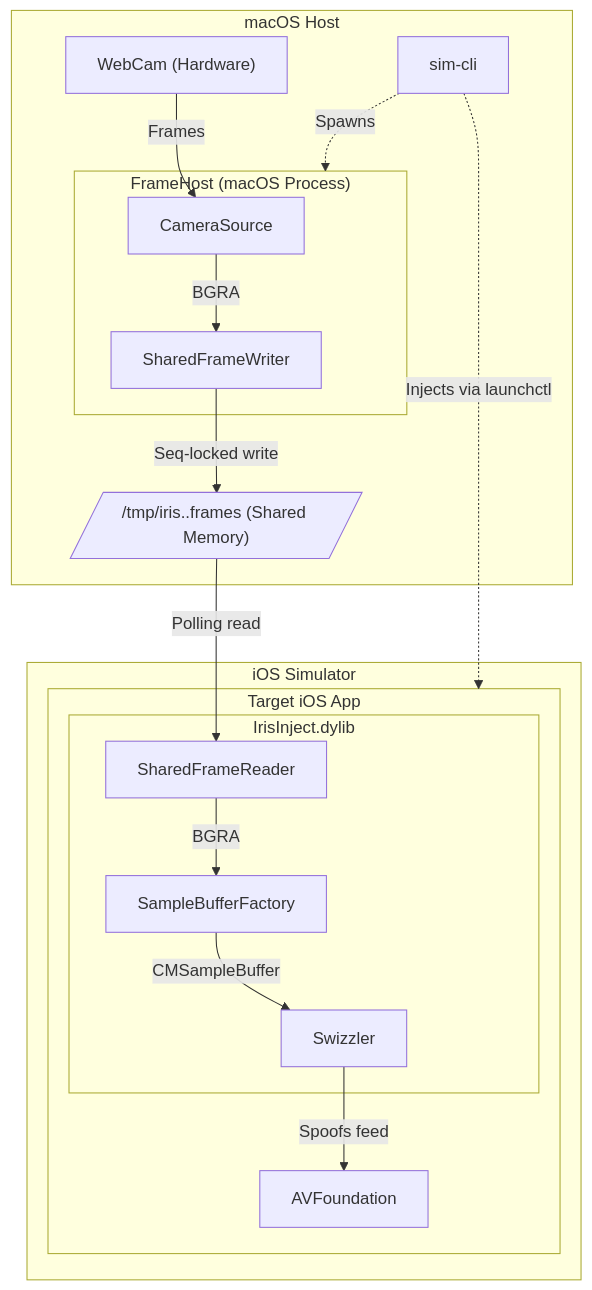
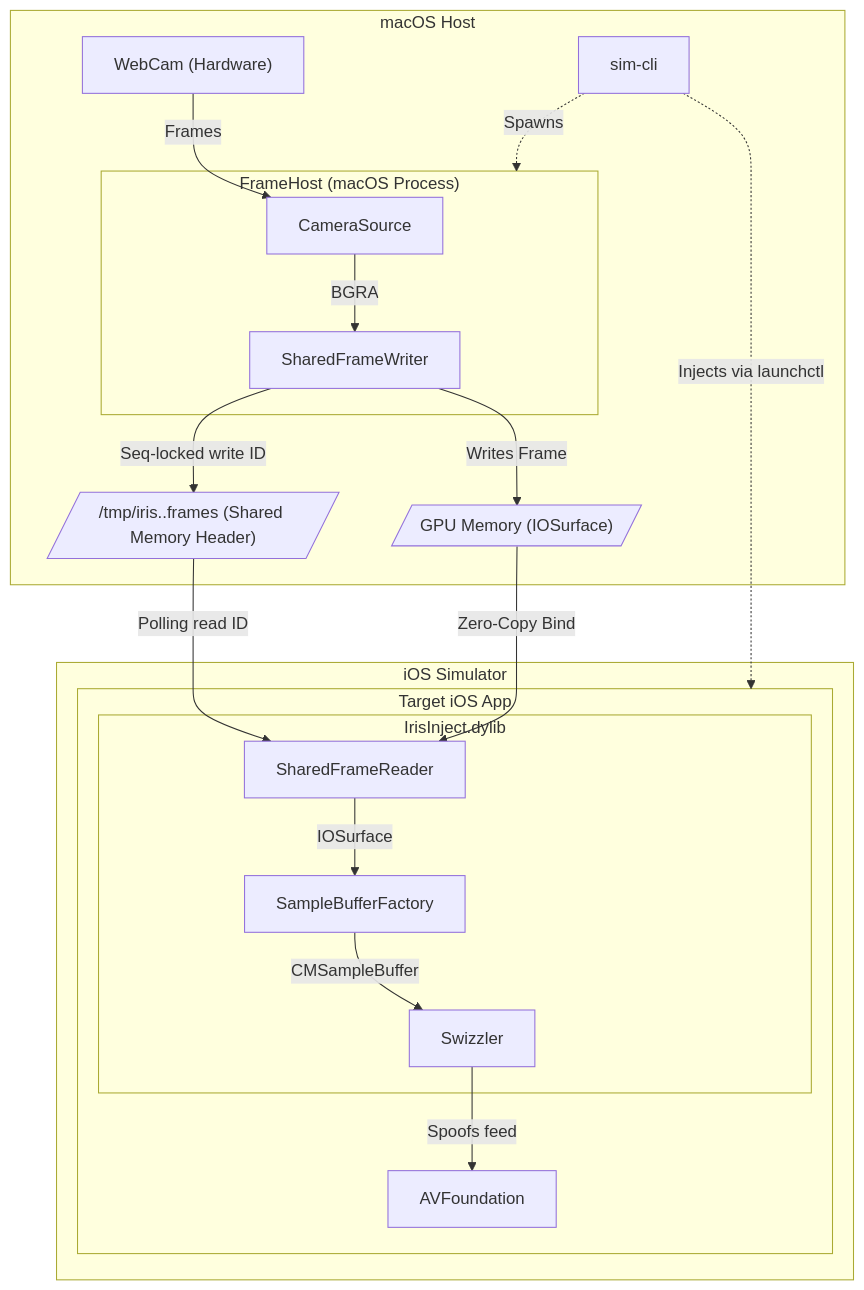
Before and after one commit to annurdien/sim-cli: the first of 6 diagrams in docs/SIM_CAM_ARCHITECTURE.md, drawn with Mermaid. The commit also changed other lines of this file, not shown here.

Commit message:
docs: Update SIM_CAM_ARCHITECTURE to reflect IOSurface zero-copy implementation

````diff
--- a/docs/SIM_CAM_ARCHITECTURE.md
+++ b/docs/SIM_CAM_ARCHITECTURE.md
@@ -11,36 +11,39 @@
 ```mermaid
 flowchart TD
     subgraph Host["macOS Host"]
         CLI["sim-cli"]
         WebCam["WebCam (Hardware)"]
         
         subgraph FrameHost["FrameHost (macOS Process)"]
             CameraSource["CameraSource"]
             SharedFrameWriter["SharedFrameWriter"]
         end
         
-        SHM[/"/tmp/iris.<udid>.frames (Shared Memory)"/]
+        SHM[/"/tmp/iris.<udid>.frames (Shared Memory Header)"/]
+        GPU[/"GPU Memory (IOSurface)"/]
     end
 
     subgraph Sim["iOS Simulator"]
         subgraph App["Target iOS App"]
             AVFoundation["AVFoundation"]
             
             subgraph Injector["IrisInject.dylib"]
                 Swizzler["Swizzler"]
                 SharedFrameReader["SharedFrameReader"]
                 SampleBufferFactory["SampleBufferFactory"]
             end
         end
     end
 
     CLI -. "Spawns" .-> FrameHost
     CLI -. "Injects via launchctl" .-> App
     WebCam -- "Frames" --> CameraSource
     CameraSource -- "BGRA" --> SharedFrameWriter
-    SharedFrameWriter -- "Seq-locked write" --> SHM
-    SHM -- "Polling read" --> SharedFrameReader
-    SharedFrameReader -- "BGRA" --> SampleBufferFactory
+    SharedFrameWriter -- "Writes Frame" --> GPU
+    SharedFrameWriter -- "Seq-locked write ID" --> SHM
+    SHM -- "Polling read ID" --> SharedFrameReader
+    GPU -- "Zero-Copy Bind" --> SharedFrameReader
+    SharedFrameReader -- "IOSurface" --> SampleBufferFactory
     SampleBufferFactory -- "CMSampleBuffer" --> Swizzler
     Swizzler -- "Spoofs feed" --> AVFoundation
 ```
````
